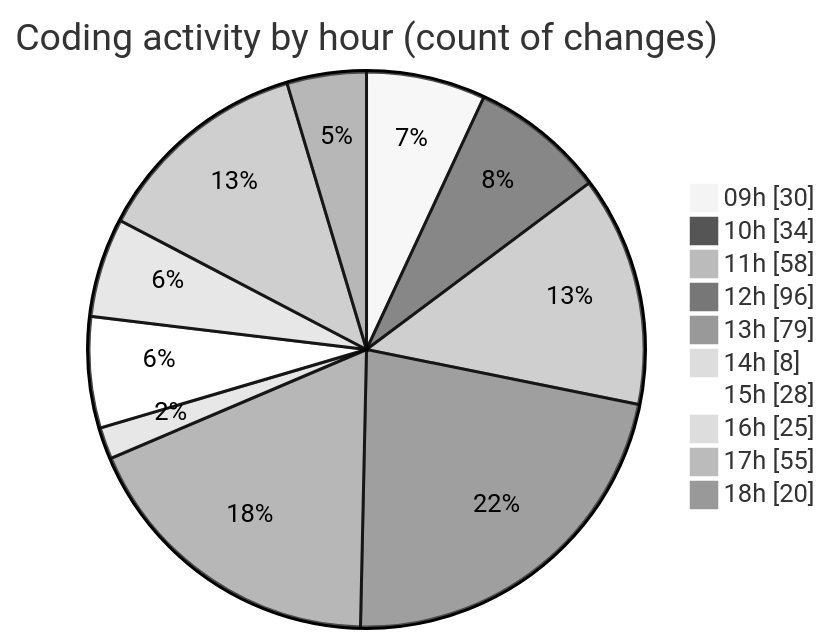
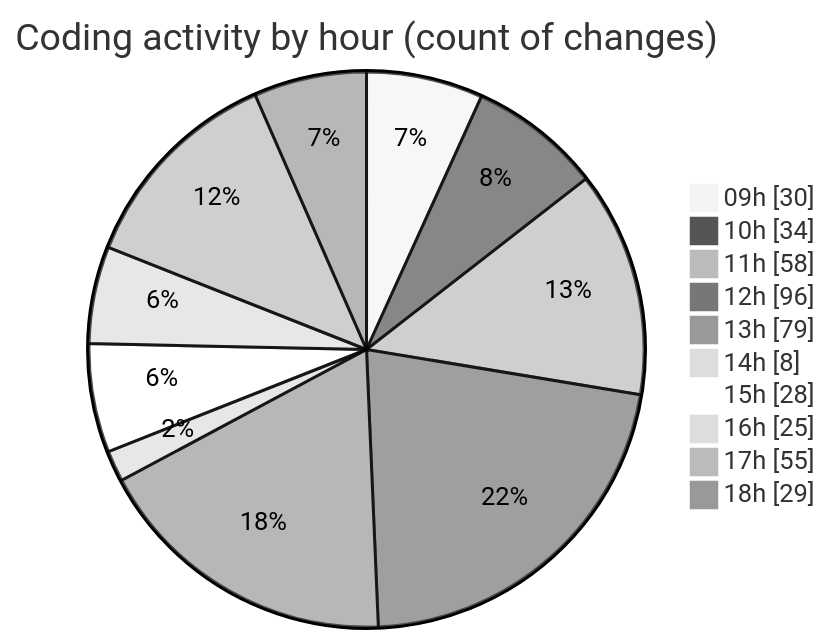
The second of 2 diagrams in 2025-04-02/cda/README.md (momahboobian/code-tracking), drawn with Mermaid (neutral theme) before and after one commit. The commit also changed other lines of this file and 1 other file, not shown here.

````diff
--- a/2025-04-02/cda/README.md
+++ b/2025-04-02/cda/README.md
@@ -40,14 +40,14 @@
 ```mermaid
 pie showData
 title Coding activity by hour (count of changes)
 "09h" : 30
 "10h" : 34
 "11h" : 58
 "12h" : 96
 "13h" : 79
 "14h" : 8
 "15h" : 28
 "16h" : 25
 "17h" : 55
-"18h" : 20
+"18h" : 29
 ```
````
